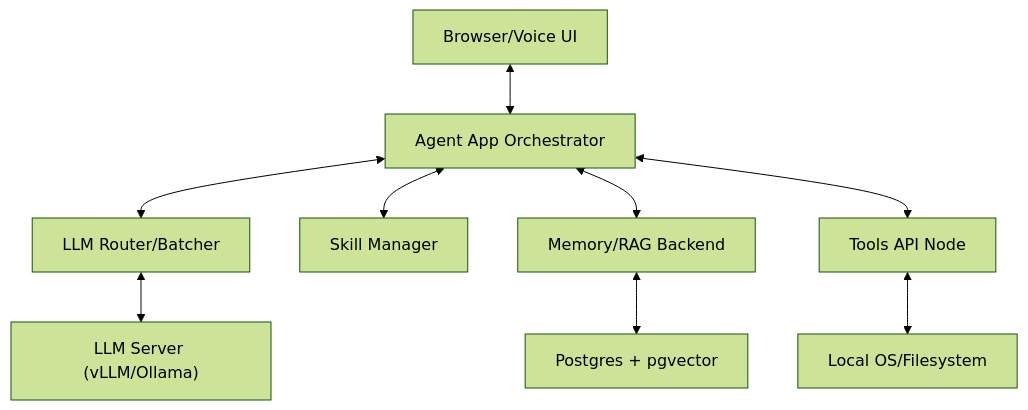
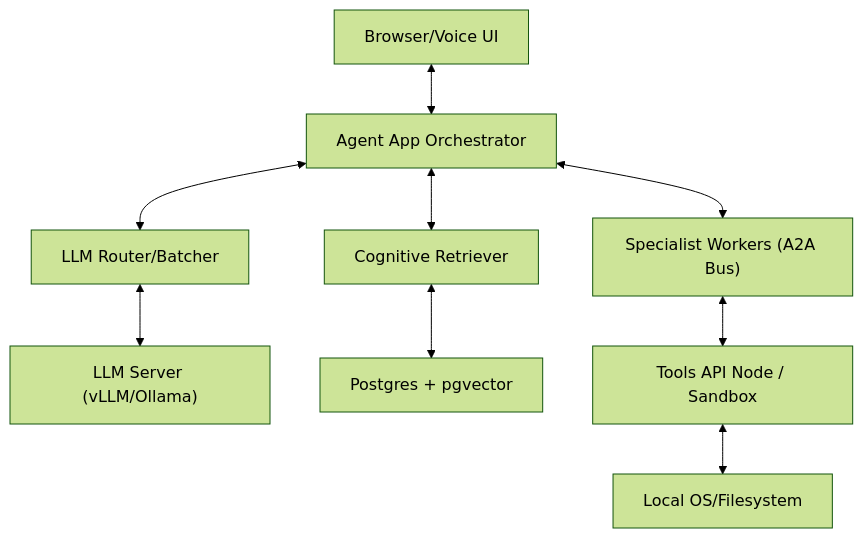
Before and after one commit to savyasachi6/agentic_os: the diagram in docs/02-architecture.md, drawn with Mermaid (forest theme). The commit also changed other lines of this file and 13 other files, not shown here.

Commit message:
feat: implement capability and code specialist agents with supporting documentation and architecture definitions

````diff
--- a/docs/02-architecture.md
+++ b/docs/02-architecture.md
@@ -9,11 +9,11 @@
 ```mermaid
 graph TD
     UI["Browser/Voice UI"] <--> App["Agent App Orchestrator"]
     App <--> Router["LLM Router/Batcher"]
     Router <--> LLM["LLM Server (vLLM/Ollama)"]
-    App <--> Skills["Skill Manager"]
-    App <--> Memory["Memory/RAG Backend"]
-    Memory <--> PG["Postgres + pgvector"]
-    App <--> ToolsAPI["Tools API Node"]
+    App <--> Skills["Cognitive Retriever"]
+    Skills <--> PG["Postgres + pgvector"]
+    App <--> Workers["Specialist Workers (A2A Bus)"]
+    Workers <--> ToolsAPI["Tools API Node / Sandbox"]
     ToolsAPI <--> OS["Local OS/Filesystem"]
 ```
````
